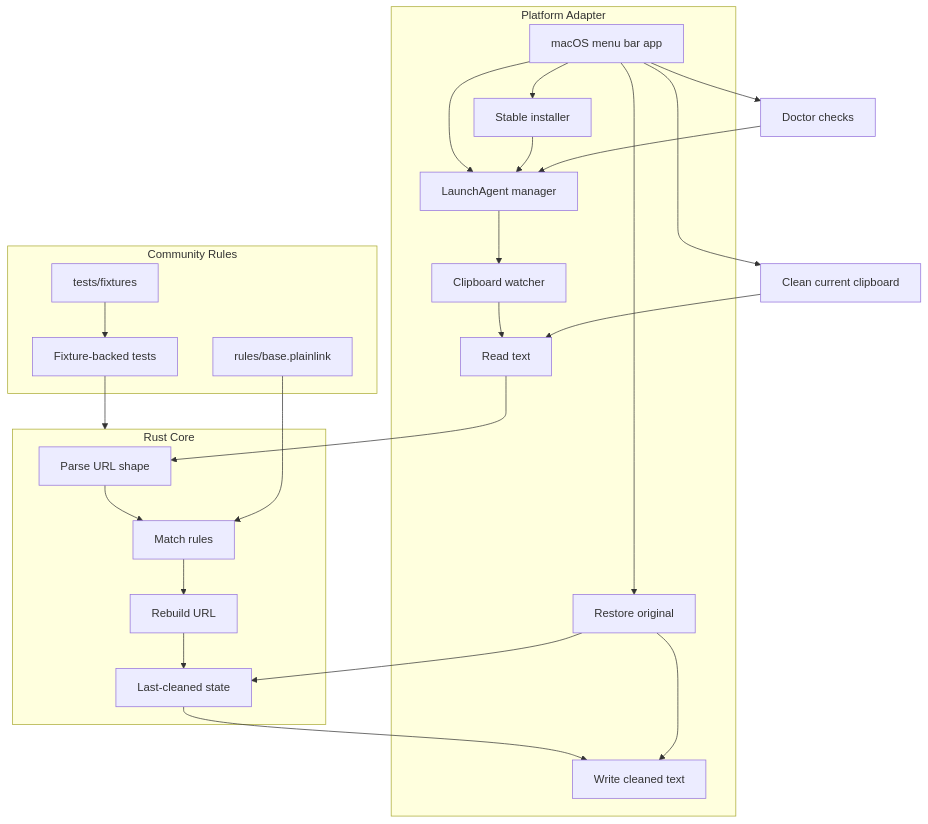
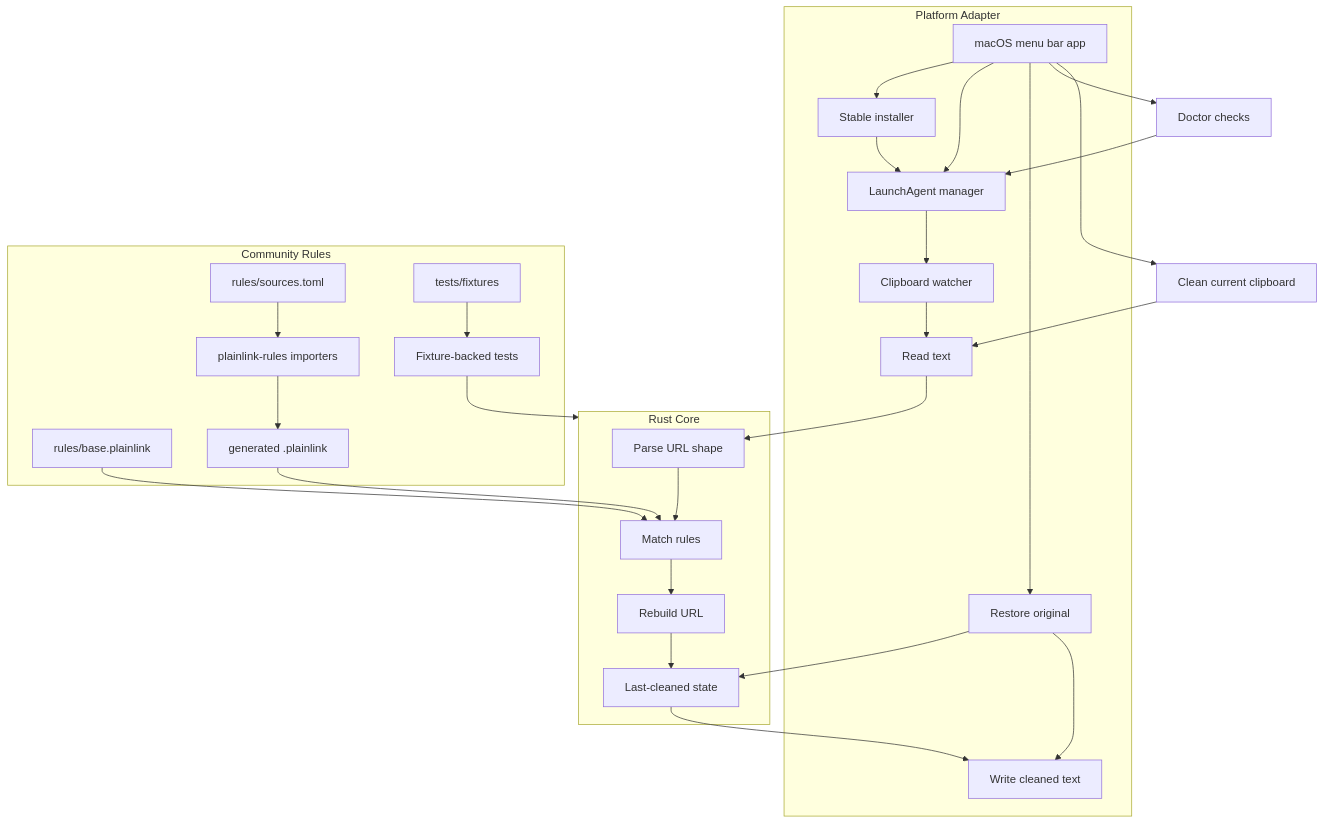
The first of 3 diagrams in docs/ARCHITECTURE.md (HexCodeYT/PlainLink), drawn with Mermaid before and after one commit. The commit also changed other lines of this file and 9 other files, not shown here.

````diff
--- a/docs/ARCHITECTURE.md
+++ b/docs/ARCHITECTURE.md
@@ -5,41 +5,47 @@
 ```mermaid
 flowchart TB
     subgraph Platform["Platform Adapter"]
         Menu["macOS menu bar app"]
         Install["Stable installer"]
         Agent["LaunchAgent manager"]
         Watch["Clipboard watcher"]
         Read["Read text"]
         Write["Write cleaned text"]
         Restore["Restore original"]
     end
 
     subgraph Core["Rust Core"]
         Parse["Parse URL shape"]
         Match["Match rules"]
         Rebuild["Rebuild URL"]
         State["Last-cleaned state"]
     end
 
     subgraph Community["Community Rules"]
         Base["rules/base.plainlink"]
+        Sources["rules/sources.toml"]
+        Importers["plainlink-rules importers"]
+        Generated["generated .plainlink"]
         Fixtures["tests/fixtures"]
         Tests["Fixture-backed tests"]
     end
 
     Menu --> Install
     Menu --> Agent
     Menu --> Restore
     Menu --> Doctor["Doctor checks"]
     Menu --> OneShot["Clean current clipboard"]
     Install --> Agent
     Agent --> Watch
     Watch --> Read --> Parse --> Match --> Rebuild --> State --> Write
     OneShot --> Read
     Restore --> State
     Restore --> Write
     Doctor --> Agent
+    Sources --> Importers
+    Importers --> Generated
+    Generated --> Match
     Base --> Match
     Fixtures --> Tests
     Tests --> Core
 ```
````
